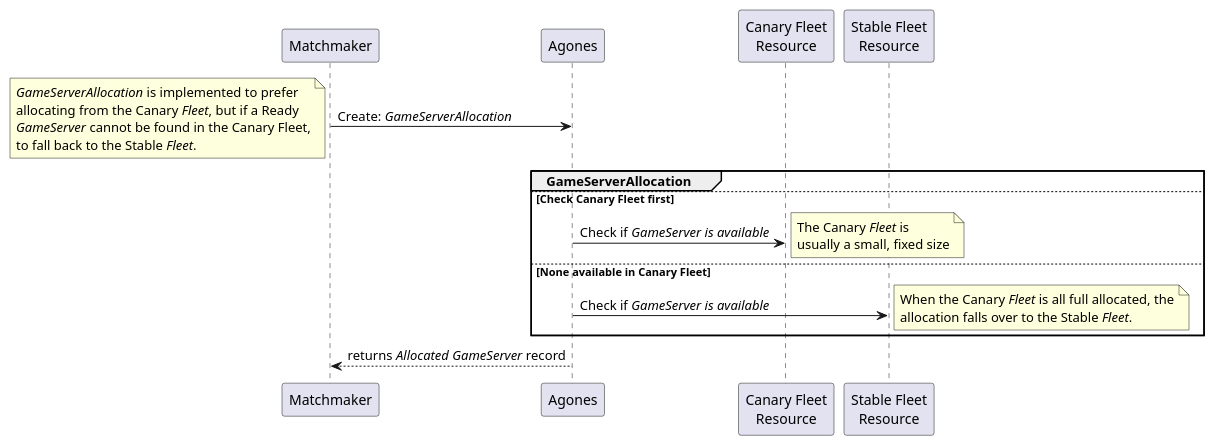
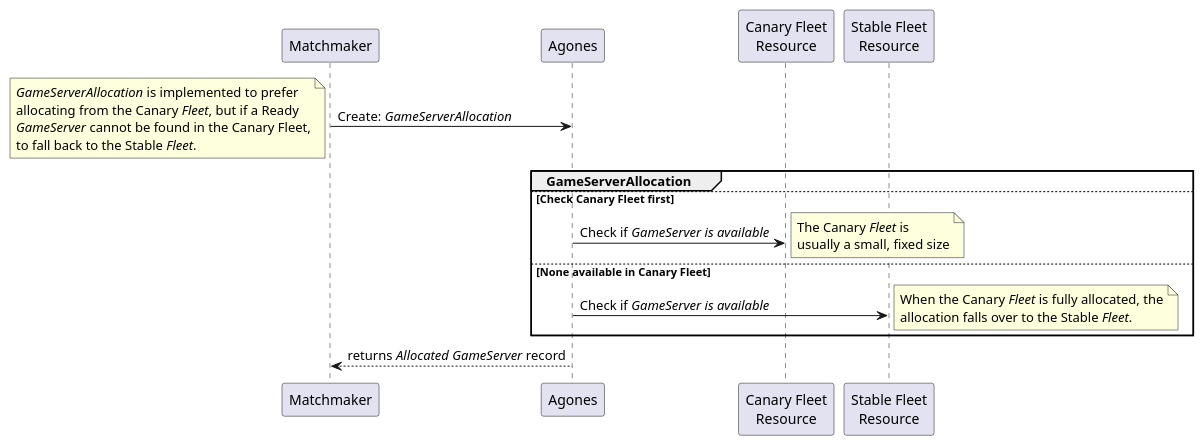
One commit to googleforgames/agones changed the diagram in site/static/diagrams/canary-testing.puml. Above: the diagram before and after it, drawn with PlantUML. The commit also changed 3 other files, not shown here.

```diff
--- a/site/static/diagrams/canary-testing.puml
+++ b/site/static/diagrams/canary-testing.puml
@@ -1,35 +1,35 @@
 @startuml
 'https://plantuml.com/sequence-diagram
 
 participant Matchmaker
 participant Agones
 
 participant "Canary Fleet\nResource" as CanaryFleet
 participant "Stable Fleet\nResource" as StableFleet
 
 Matchmaker -> Agones: Create: <i>GameServerAllocation</i>
 note left
   <i>GameServerAllocation</i> is implemented to prefer
   allocating from the Canary <i>Fleet</i>, but if a Ready
   <i>GameServer</i> cannot be found in the Canary Fleet,
   to fall back to the Stable <i>Fleet</i>.
 end note
 
 group GameServerAllocation
 else Check Canary Fleet first
 Agones -> CanaryFleet: Check if <i>GameServer<i> is available
 note right
   The Canary <i>Fleet</i> is
   usually a small, fixed size
 end note
 else None available in Canary Fleet
 Agones -> StableFleet: Check if <i>GameServer<i> is available
 note right
-  When the Canary <i>Fleet</i> is all full allocated, the
+  When the Canary <i>Fleet</i> is fully allocated, the
   allocation falls over to the Stable <i>Fleet</i>.
 end note
 end group
 
 Matchmaker <-- Agones: returns <i>Allocated GameServer</i> record
 
 @enduml
```
